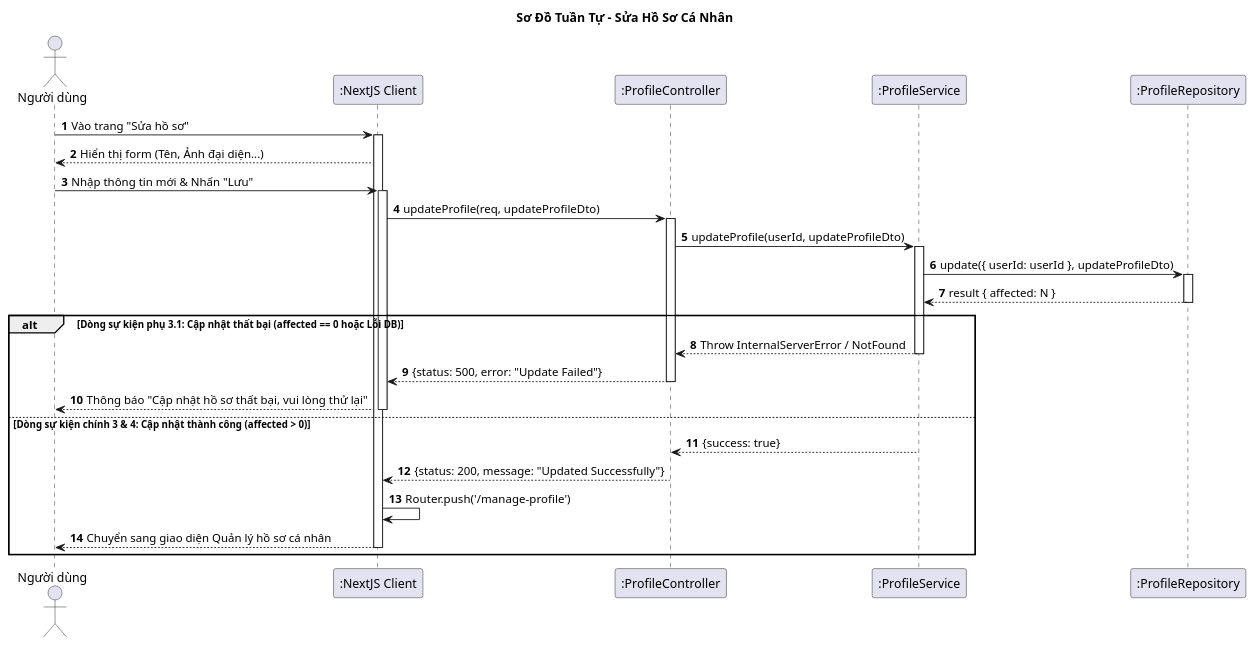
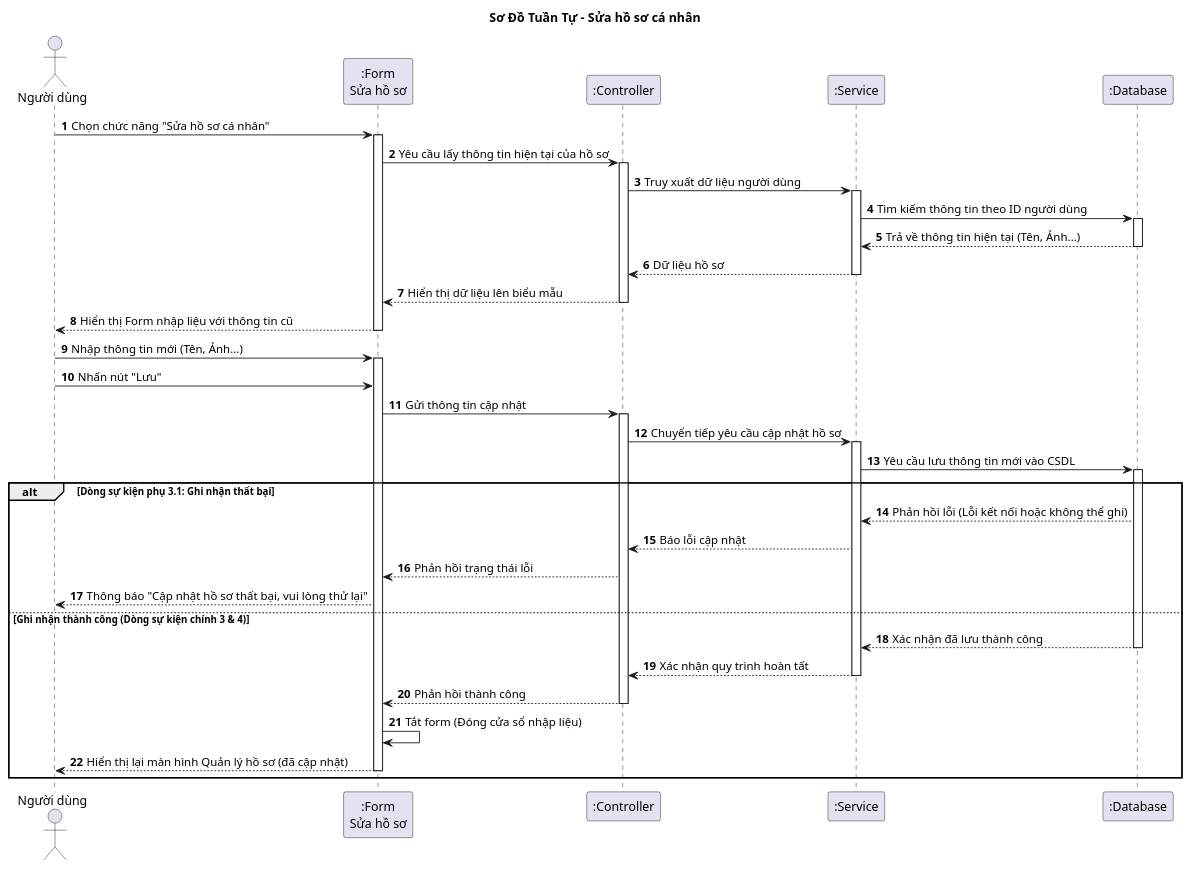
One commit to vinh047/soundwave changed the diagram in Diagrams/SequenceDiagram/EditProfileSD.plantuml. Above: the diagram before and after it, drawn with PlantUML. The commit also changed 37 other files, not shown here.

Commit message:
Sừa BFD, Usecase, Đặc tả, Sequence, Class

```diff
--- a/Diagrams/SequenceDiagram/EditProfileSD.plantuml
+++ b/Diagrams/SequenceDiagram/EditProfileSD.plantuml
@@ -1,66 +1,72 @@
-@startuml Sequence Diagram - Sửa Hồ Sơ Cá Nhân
+@startuml Sequence Diagram - Sửa Hồ Sơ (Thông điệp)
 
-title Sơ Đồ Tuần Tự - Sửa Hồ Sơ Cá Nhân 
+title Sơ Đồ Tuần Tự - Sửa hồ sơ cá nhân
 
 actor "Người dùng" as User
-participant ":NextJS Client" as UI
-participant ":ProfileController" as Controller
-participant ":ProfileService" as Service
-participant ":ProfileRepository" as DB
+participant ":Form\nSửa hồ sơ" as UI_Form
+participant ":Controller" as Controller
+participant ":Service" as Service
+participant ":Database" as DB
 
 autonumber
 
-' === BƯỚC 1: HIỂN THỊ FORM ===
-' (Dòng sự kiện chính 1)
-User -> UI: Vào trang "Sửa hồ sơ"
-activate UI
-UI --> User: Hiển thị form (Tên, Ảnh đại diện...)
+' === BƯỚC 1: HIỂN THỊ FORM (Dòng sự kiện chính 1) ===
+User -> UI_Form: Chọn chức năng "Sửa hồ sơ cá nhân"
+activate UI_Form
 
-' === BƯỚC 2: GỬI DỮ LIỆU ===
-' (Dòng sự kiện chính 2)
-User -> UI: Nhập thông tin mới & Nhấn "Lưu"
-activate UI
+' (Hệ thống cần lấy thông tin cũ để hiện lên form cho người dùng sửa)
+UI_Form -> Controller: Yêu cầu lấy thông tin hiện tại của hồ sơ
+activate Controller
+Controller -> Service: Truy xuất dữ liệu người dùng
+activate Service
+Service -> DB: Tìm kiếm thông tin theo ID người dùng
+activate DB
+DB --> Service: Trả về thông tin hiện tại (Tên, Ảnh...)
+deactivate DB
+Service --> Controller: Dữ liệu hồ sơ
+deactivate Service
+Controller --> UI_Form: Hiển thị dữ liệu lên biểu mẫu
+deactivate Controller
 
-' Dùng DTO
-UI -> Controller: updateProfile(req, updateProfileDto)
+UI_Form --> User: Hiển thị Form nhập liệu với thông tin cũ
+deactivate UI_Form
+
+' === BƯỚC 2: NGƯỜI DÙNG NHẬP LIỆU (Dòng sự kiện chính 2) ===
+User -> UI_Form: Nhập thông tin mới (Tên, Ảnh...)
+activate UI_Form
+User -> UI_Form: Nhấn nút "Lưu"
+
+UI_Form -> Controller: Gửi thông tin cập nhật
 activate Controller
-
-' Lấy userId từ req.user
-Controller -> Service: updateProfile(userId, updateProfileDto)
+Controller -> Service: Chuyển tiếp yêu cầu cập nhật hồ sơ
 activate Service
 
-' === BƯỚC 3: CẬP NHẬT DB ===
-' TypeORM: update(criteria, partialEntity)
-Service -> DB: update({ userId: userId }, updateProfileDto)
+' === BƯỚC 3: GHI NHẬN VÀO CSDL (Dòng sự kiện chính 3) ===
+Service -> DB: Yêu cầu lưu thông tin mới vào CSDL
 activate DB
-DB --> Service: result { affected: N }
-deactivate DB
 
-' === PHÂN NHÁNH KẾT QUẢ (Main Flow vs Alternative Flow) ===
-alt Dòng sự kiện phụ 3.1: Cập nhật thất bại (affected == 0 hoặc Lỗi DB)
-    Service --> Controller: Throw InternalServerError / NotFound
+alt Dòng sự kiện phụ 3.1: Ghi nhận thất bại
+    DB --> Service: Phản hồi lỗi (Lỗi kết nối hoặc không thể ghi)
+    Service --> Controller: Báo lỗi cập nhật
+    Controller --> UI_Form: Phản hồi trạng thái lỗi
+    
+    UI_Form --> User: Thông báo "Cập nhật hồ sơ thất bại, vui lòng thử lại"
+
+else Ghi nhận thành công (Dòng sự kiện chính 3 & 4)
+    DB --> Service: Xác nhận đã lưu thành công
+    deactivate DB
+    
+    Service --> Controller: Xác nhận quy trình hoàn tất
     deactivate Service
     
-    Controller --> UI: {status: 500, error: "Update Failed"}
+    Controller --> UI_Form: Phản hồi thành công
     deactivate Controller
     
-    ' [KHỚP ĐẶC TẢ 3.1]
-    UI --> User: Thông báo "Cập nhật hồ sơ thất bại, vui lòng thử lại"
-    deactivate UI
+    ' === BƯỚC 4: TẮT FORM (Dòng sự kiện chính 4) ===
+    UI_Form -> UI_Form: Tắt form (Đóng cửa sổ nhập liệu)
+    
+    UI_Form --> User: Hiển thị lại màn hình Quản lý hồ sơ (đã cập nhật)
+    deactivate UI_Form
+end
 
-else Dòng sự kiện chính 3 & 4: Cập nhật thành công (affected > 0)
-    ' Đã activate Service ở trên
-    Service --> Controller: {success: true}
-    deactivate Service
-    
-    Controller --> UI: {status: 200, message: "Updated Successfully"}
-    deactivate Controller
-    
-    ' === BƯỚC 4: CHUYỂN GIAO DIỆN ===
-    ' Client tự điều hướng
-    UI -> UI: Router.push('/manage-profile')
-    
-    UI --> User: Chuyển sang giao diện Quản lý hồ sơ cá nhân
-    deactivate UI
-end
 @enduml
```
